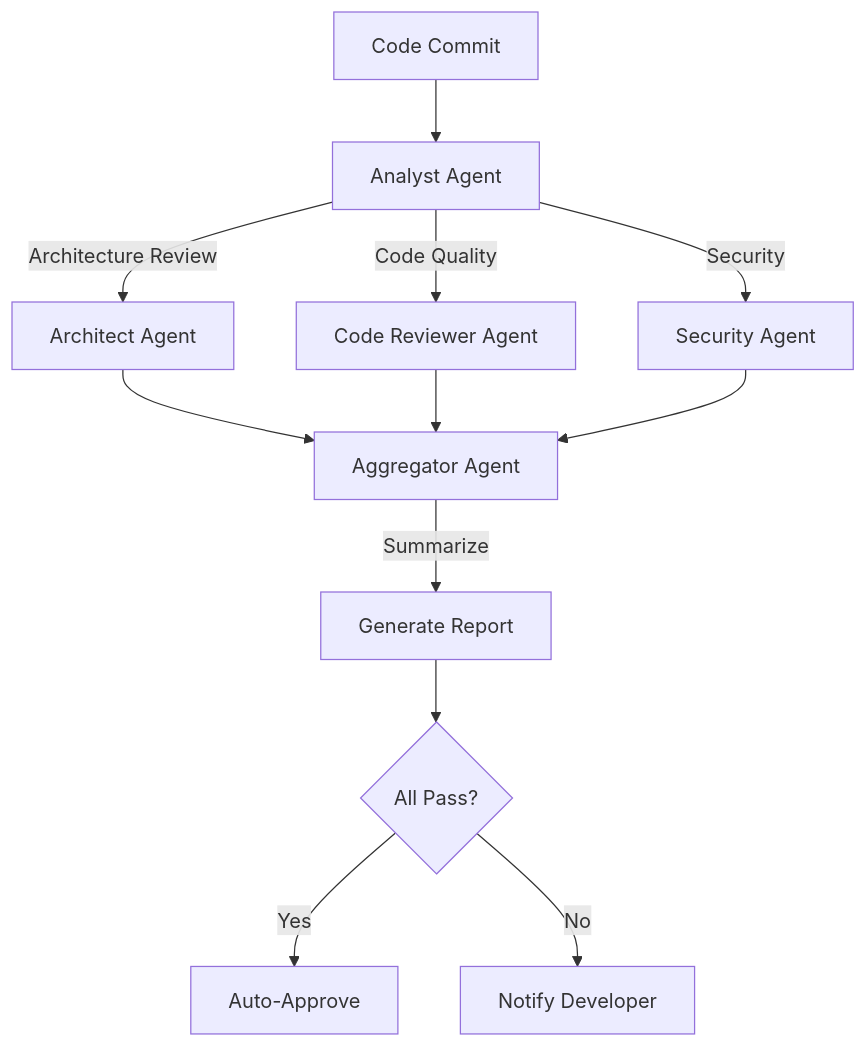
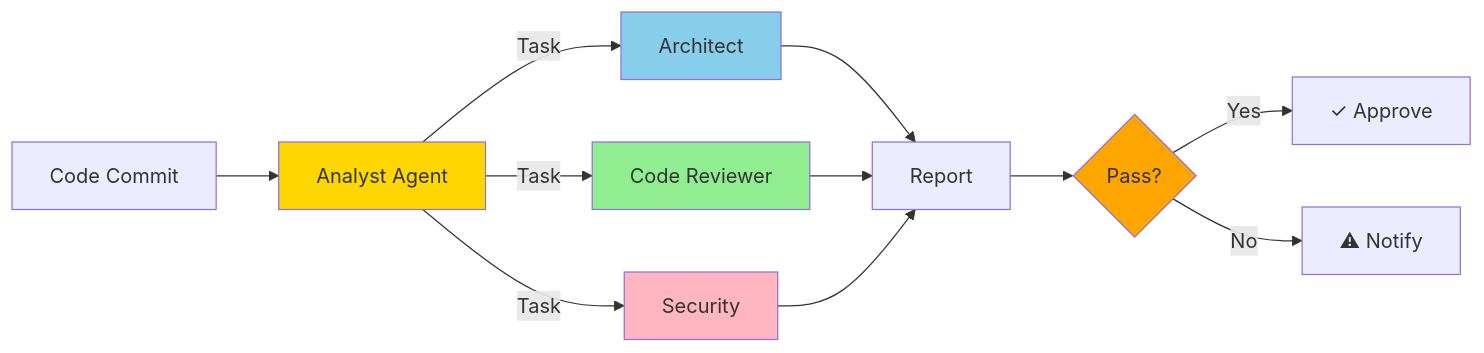
Diagram 12 of 13 in slides/presentation.md (Algiras/vs-zinios-conference-2025-11-18), drawn with Mermaid before and after one commit. The commit also changed other lines of this file and 11 other files, not shown here.

````diff
--- a/slides/presentation.md
+++ b/slides/presentation.md
@@ -585,16 +729,21 @@
 ```mermaid
-graph TD
+graph LR
     START[Code Commit] --> ANALYST[Analyst Agent]
-    ANALYST -->|Architecture Review| ARCHITECT[Architect Agent]
-    ANALYST -->|Code Quality| REVIEWER[Code Reviewer Agent]
-    ANALYST -->|Security| SECURITY[Security Agent]
+    ANALYST -->|Task| ARCHITECT[Architect]
+    ANALYST -->|Task| REVIEWER[Code Reviewer]
+    ANALYST -->|Task| SECURITY[Security]
     
-    ARCHITECT --> AGGREGATOR[Aggregator Agent]
-    REVIEWER --> AGGREGATOR
-    SECURITY --> AGGREGATOR
+    ARCHITECT --> REPORT[Report]
+    REVIEWER --> REPORT
+    SECURITY --> REPORT
     
-    AGGREGATOR -->|Summarize| REPORT[Generate Report]
-    REPORT --> DECISION{All Pass?}
-    DECISION -->|Yes| APPROVE[Auto-Approve]
-    DECISION -->|No| NOTIFY[Notify Developer]
+    REPORT --> DECISION{Pass?}
+    DECISION -->|Yes| APPROVE[✓ Approve]
+    DECISION -->|No| NOTIFY[⚠ Notify]
+    
+    style ANALYST fill:#FFD700
+    style ARCHITECT fill:#87CEEB
+    style REVIEWER fill:#90EE90
+    style SECURITY fill:#FFB6C1
+    style DECISION fill:#FFA500
 ```
````
